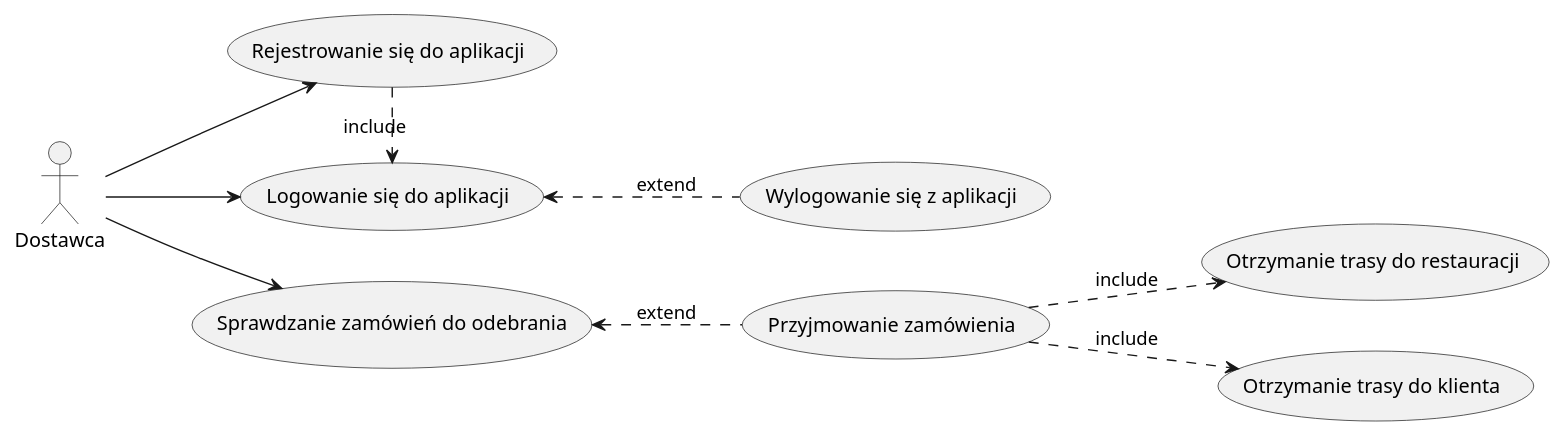
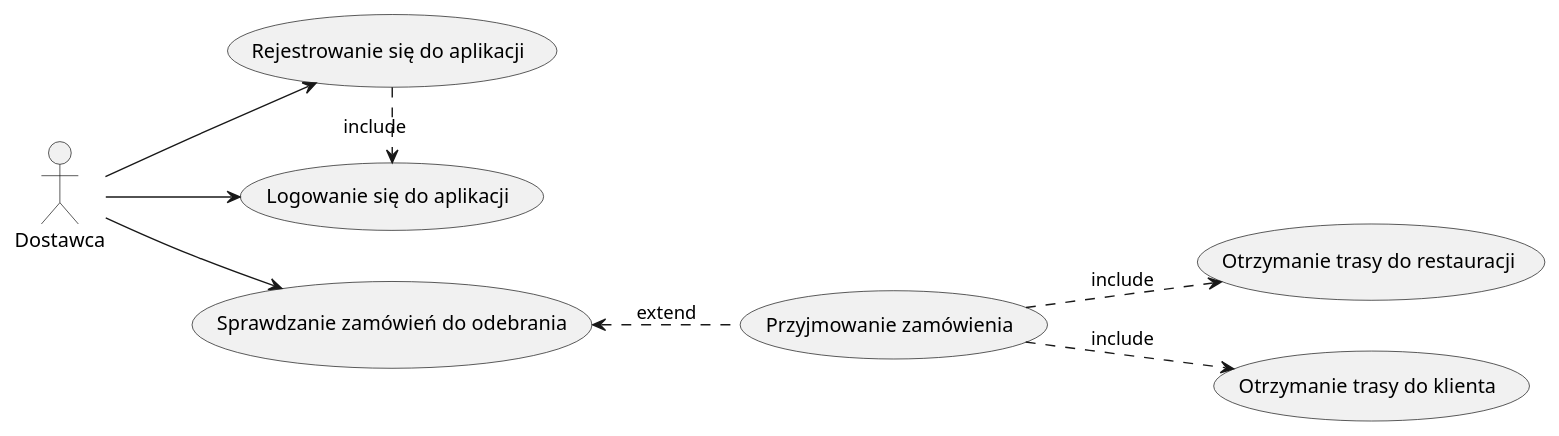
Before and after one commit to amelinium23/food-ordering-and-delivering-service: the diagram in docs/usecase_diagram_courier.md, drawn with PlantUML. The commit also changed 1 other file, not shown here.

Commit message:
Diagrams update

````diff
--- a/docs/usecase_diagram_courier.md
+++ b/docs/usecase_diagram_courier.md
@@ -1,23 +1,22 @@
 ```plantuml
 @startuml courierUseCaseDiagram
 left to right direction
 actor Dostawca as courier
 
 usecase "Sprawdzanie zamówień do odebrania" as uc1
 usecase "Otrzymanie trasy do restauracji" as uc2
 usecase "Otrzymanie trasy do klienta" as uc3
 usecase "Logowanie się do aplikacji" as uc4
 usecase "Rejestrowanie się do aplikacji" as uc5
 usecase "Przyjmowanie zamówienia" as uc6
-usecase "Wylogowanie się z aplikacji" as uc7
 
 courier --> uc1
 courier --> uc4
 (uc1) <.. (uc6) : extend
 (uc6) ..> (uc2) : include
 (uc6) ..> (uc3) : include
 courier --> uc5
 (uc5) .> (uc4) : include
-(uc4) <.. (uc7) : extend
+
 @enduml
 ```
````
